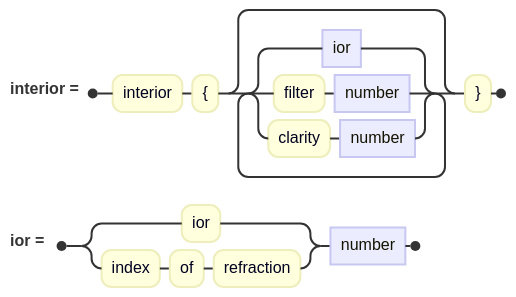
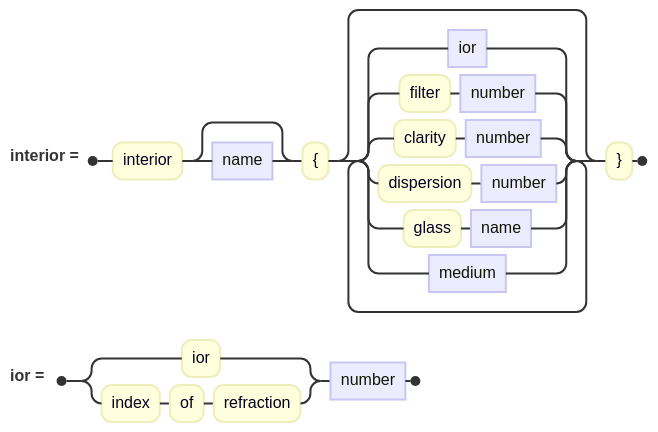
Before and after one commit to jskress/RayTracer: the diagram in docs/diagrams/materials/interiorClause.mmd, drawn with Mermaid. The commit also changed 21 other files, not shown here.

```diff
--- a/docs/diagrams/materials/interiorClause.mmd
+++ b/docs/diagrams/materials/interiorClause.mmd
@@ -1,6 +1,7 @@
 railroad-ebnf-beta
 title "An interior"
 
-interior = "interior" "{" { ior | "filter" number | "clarity" number } "}" ;
+interior = "interior" [ name ] "{" { ior | "filter" number | "clarity" number | "dispersion" number | "glass" name
+         | medium } "}" ;
 
 ior = ( "ior" | "index" "of" "refraction" ) number ;
```
